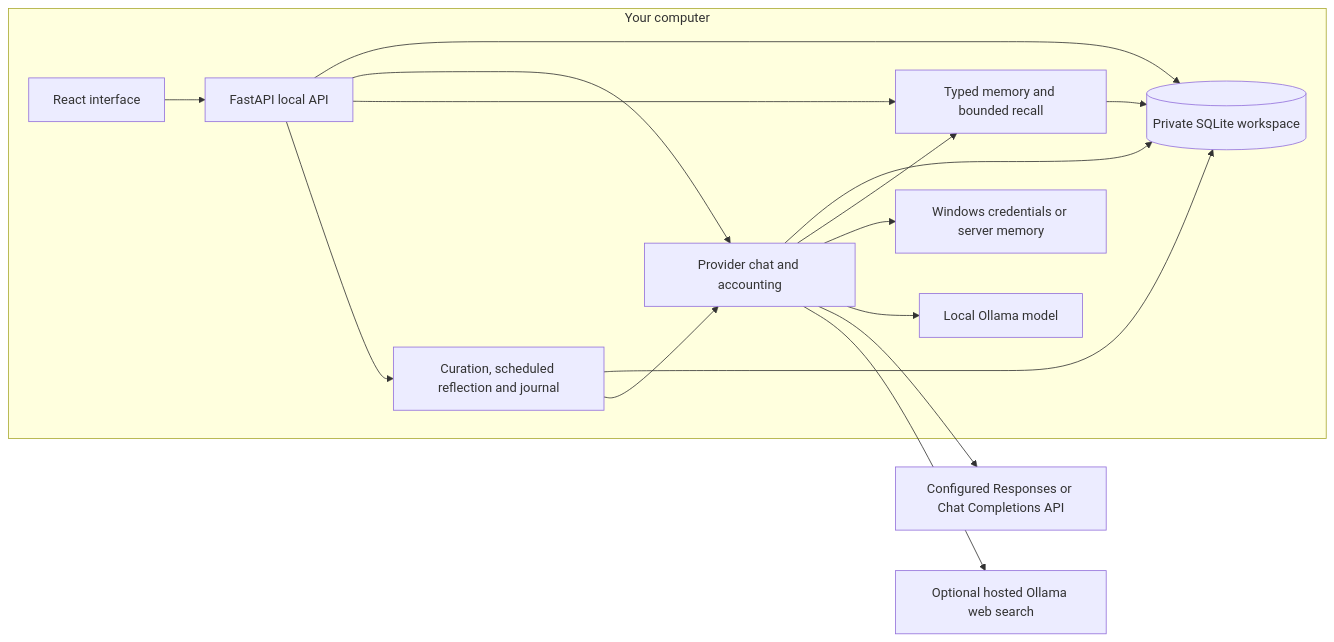
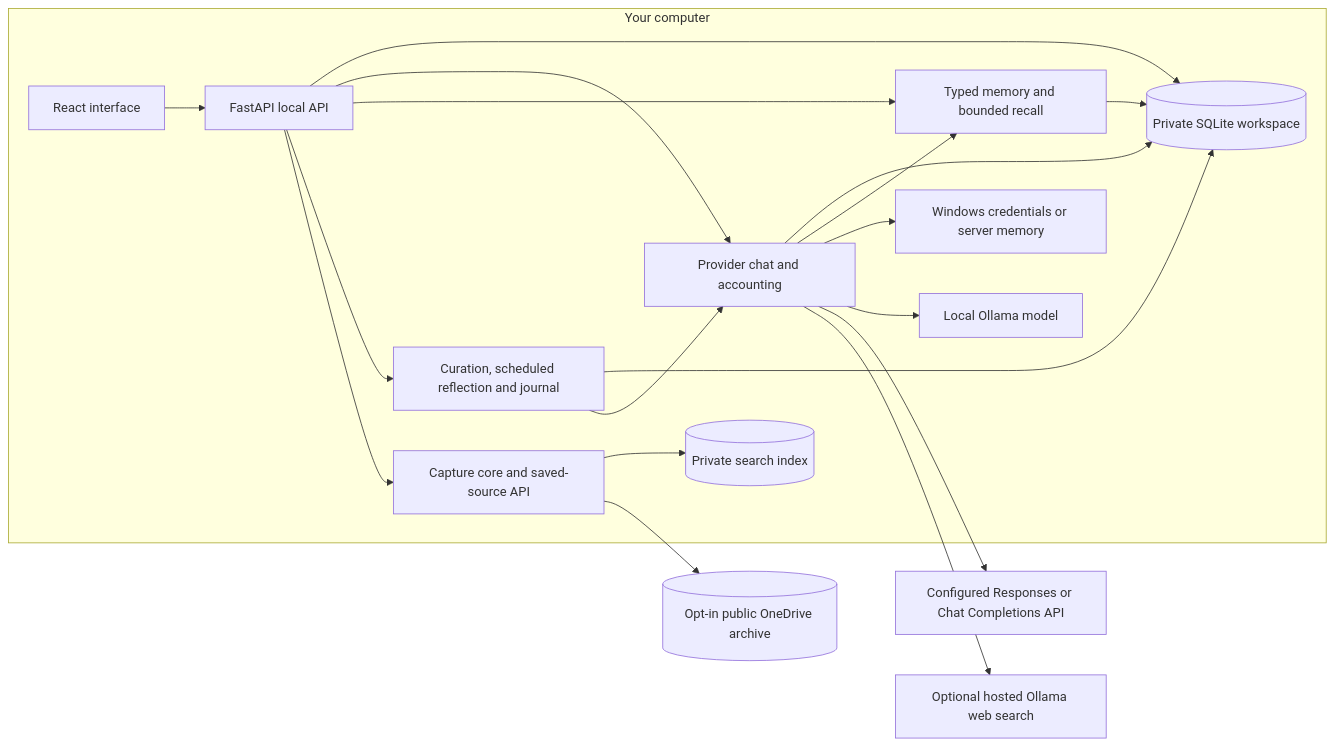
Before and after one commit to erikmalm/maestro: the second of 2 diagrams in docs/ARCHITECTURE.md, drawn with Mermaid. The commit also changed other lines of this file and 4 other files, not shown here.

First line of the commit message:
Document reviewed search architecture and simple React composition (#40)

````diff
--- a/docs/ARCHITECTURE.md
+++ b/docs/ARCHITECTURE.md
@@ -9,27 +182,32 @@
 ```mermaid
 flowchart LR
     subgraph Computer[Your computer]
         UI[React interface]
         API[FastAPI local API]
         Chat[Provider chat and accounting]
         Memory[Typed memory and bounded recall]
         Reflection[Curation, scheduled reflection and journal]
         DB[(Private SQLite workspace)]
         Keys[Windows credentials or server memory]
         Ollama[Local Ollama model]
+        Context[Capture core and saved-source API]
+        Index[(Private search index)]
         UI --> API
         API --> DB
         API --> Chat
         Chat --> DB
         Chat --> Memory
         API --> Memory
         API --> Reflection
         Reflection --> DB
         Reflection --> Chat
         Memory --> DB
         Chat --> Keys
         Chat --> Ollama
+        API --> Context
+        Context --> Index
     end
+    Context --> Archive[(Opt-in public OneDrive archive)]
     Chat --> Remote[Configured Responses or Chat Completions API]
     Chat --> Search[Optional hosted Ollama web search]
 ```
````
